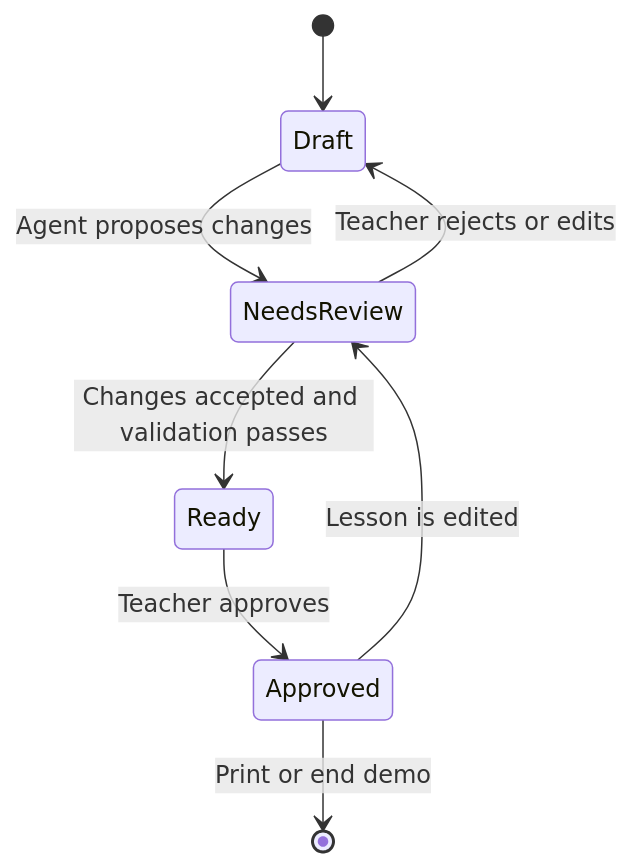
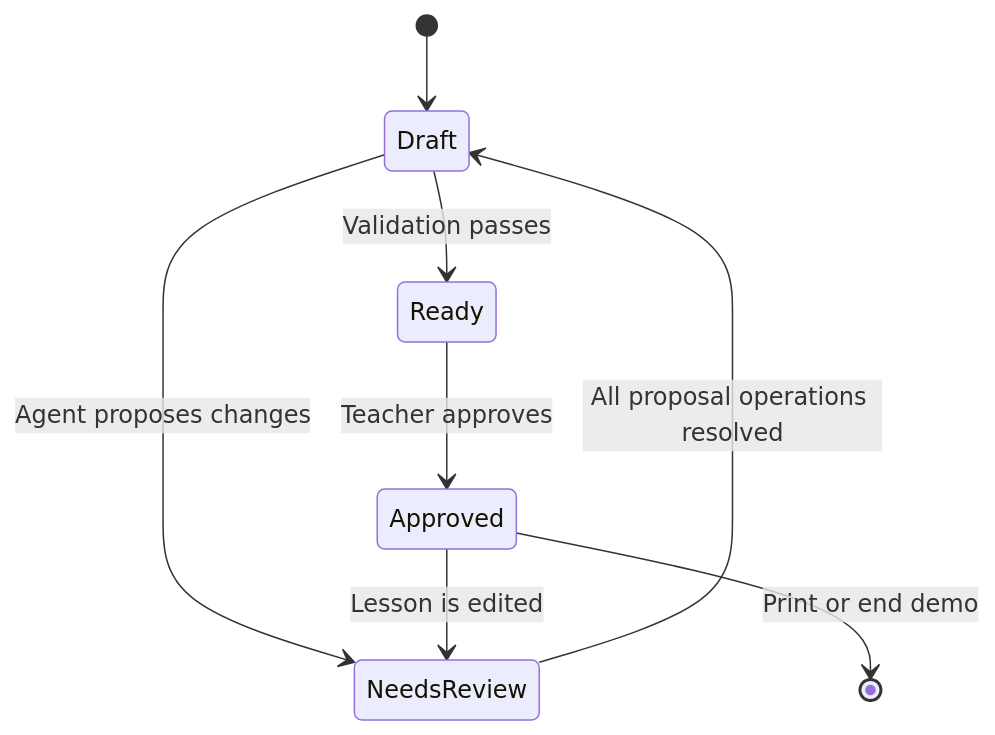
Before and after one commit to BunTC/tangible-coding-webmcp-mission-builder: the second of 2 diagrams in docs/FORMAL-SPECIFICATION.md, drawn with Mermaid. The commit also changed other lines of this file and 1 other file, not shown here.

````diff
--- a/docs/FORMAL-SPECIFICATION.md
+++ b/docs/FORMAL-SPECIFICATION.md
@@ -874,10 +881,10 @@
 ```mermaid
 stateDiagram-v2
     [*] --> Draft
     Draft --> NeedsReview: Agent proposes changes
-    NeedsReview --> Draft: Teacher rejects or edits
-    NeedsReview --> Ready: Changes accepted and validation passes
+    NeedsReview --> Draft: All proposal operations resolved
+    Draft --> Ready: Validation passes
     Ready --> Approved: Teacher approves
     Approved --> NeedsReview: Lesson is edited
     Approved --> [*]: Print or end demo
 ```
````
